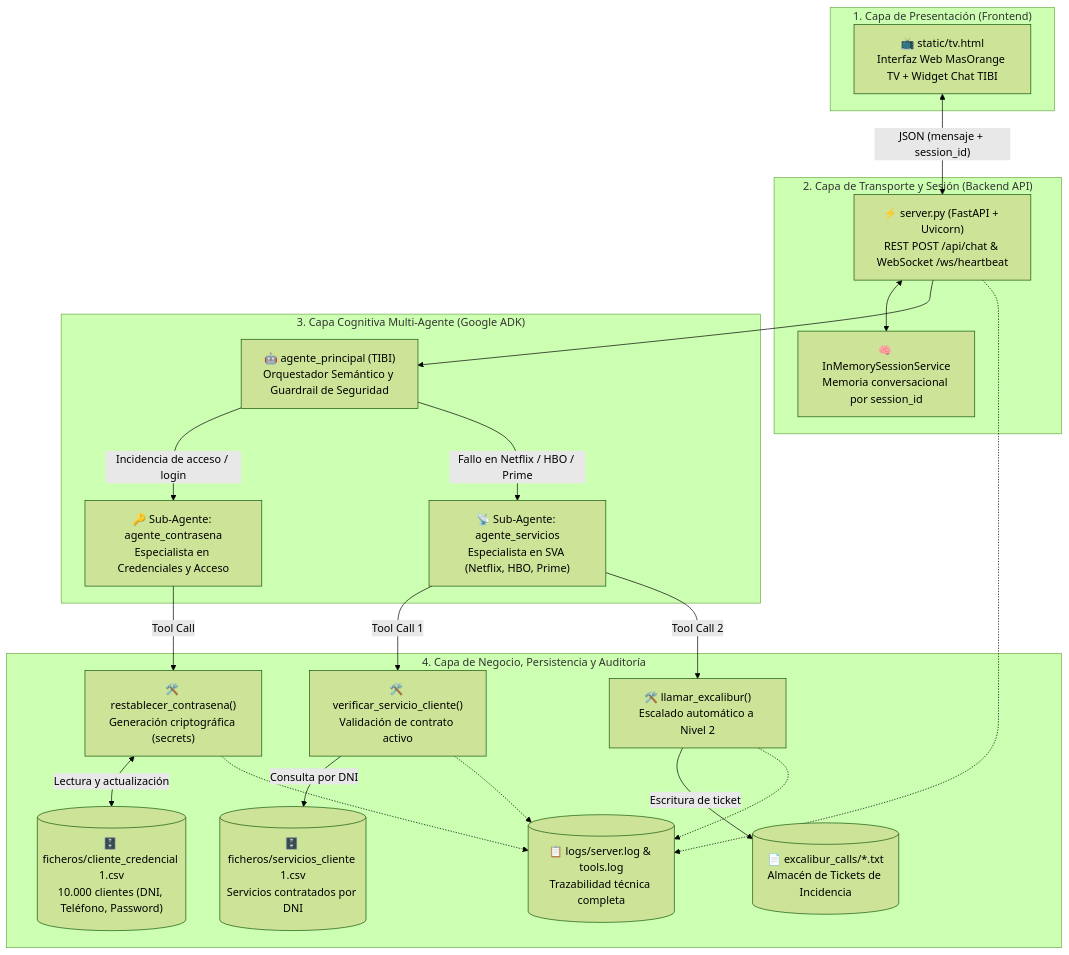
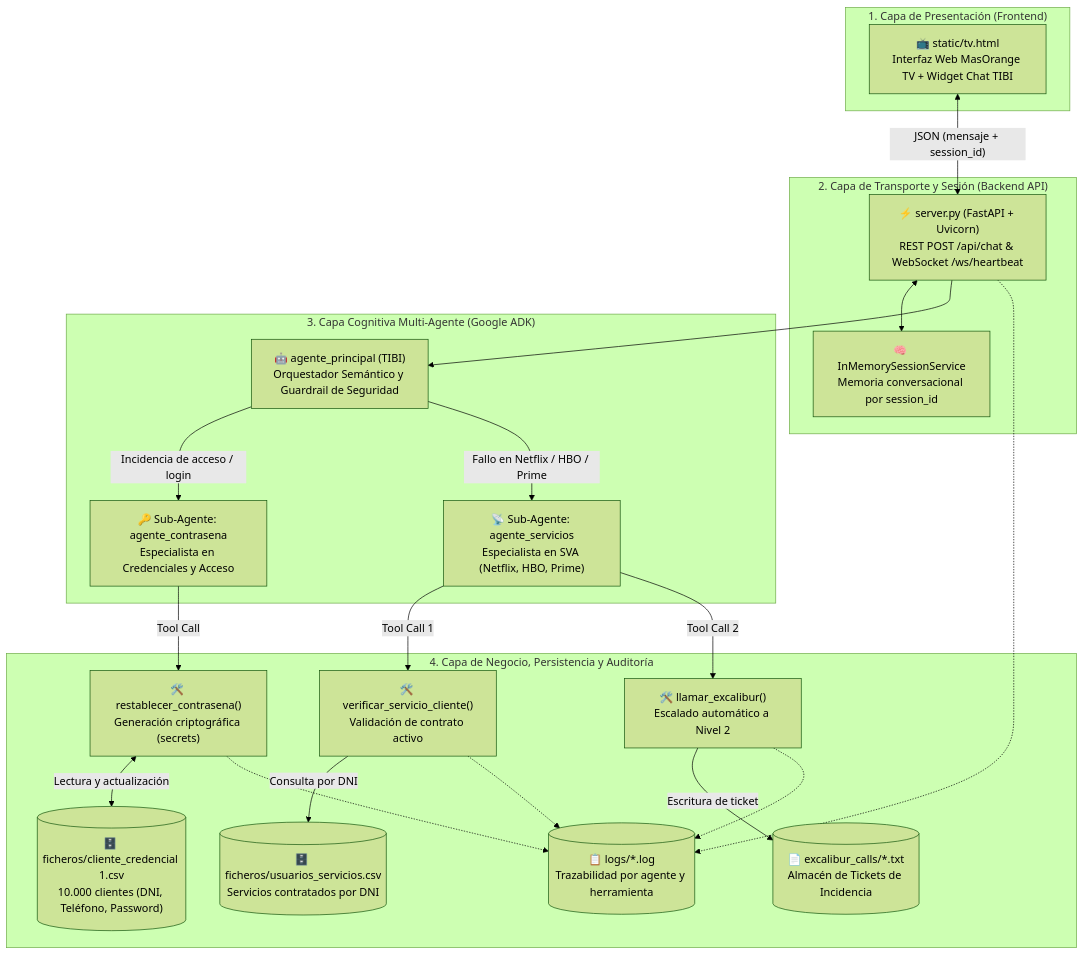
The first of 2 diagrams in README.md (DanielBraun11/TIBI_AgenteIA), drawn with Mermaid (forest theme) before and after one commit. The commit also changed other lines of this file and 2 other files, not shown here.

Commit message:
docs(tibi): align exact CSV and tool module names across README, test matrix and presentation

````diff
--- a/README.md
+++ b/README.md
@@ -30,41 +30,41 @@
 ```mermaid
 flowchart TB
     subgraph Capa1["1. Capa de Presentación (Frontend)"]
         UI["📺 static/tv.html<br/>Interfaz Web MasOrange TV + Widget Chat TIBI"]
     end
 
     subgraph Capa2["2. Capa de Transporte y Sesión (Backend API)"]
         API["⚡ server.py (FastAPI + Uvicorn)<br/>REST POST /api/chat & WebSocket /ws/heartbeat"]
         MEM["🧠 InMemorySessionService<br/>Memoria conversacional por session_id"]
     end
 
     subgraph Capa3["3. Capa Cognitiva Multi-Agente (Google ADK)"]
         ROOT["🤖 agente_principal (TIBI)<br/>Orquestador Semántico y Guardrail de Seguridad"]
         SUB_PASS["🔑 Sub-Agente: agente_contrasena<br/>Especialista en Credenciales y Acceso"]
         SUB_SVA["📡 Sub-Agente: agente_servicios<br/>Especialista en SVA (Netflix, HBO, Prime)"]
     end
 
     subgraph Capa4["4. Capa de Negocio, Persistencia y Auditoría"]
         T1["🛠️ restablecer_contrasena()<br/>Generación criptográfica (secrets)"]
         T2["🛠️ verificar_servicio_cliente()<br/>Validación de contrato activo"]
         T3["🛠️ llamar_excalibur()<br/>Escalado automático a Nivel 2"]
         CSV1[("🗄️ ficheros/cliente_credencial 1.csv<br/>10.000 clientes (DNI, Teléfono, Password)")]
-        CSV2[("🗄️ ficheros/servicios_cliente 1.csv<br/>Servicios contratados por DNI")]
+        CSV2[("🗄️ ficheros/usuarios_servicios.csv<br/>Servicios contratados por DNI")]
         EXC[("📄 excalibur_calls/*.txt<br/>Almacén de Tickets de Incidencia")]
-        LOGS[("📋 logs/server.log & tools.log<br/>Trazabilidad técnica completa")]
+        LOGS[("📋 logs/*.log<br/>Trazabilidad por agente y herramienta")]
     end
 
     UI <-->|"JSON (mensaje + session_id)"| API
     API <--> MEM
     API --> ROOT
     ROOT -->|"Incidencia de acceso / login"| SUB_PASS
     ROOT -->|"Fallo en Netflix / HBO / Prime"| SUB_SVA
     SUB_PASS -->|"Tool Call"| T1
     SUB_SVA -->|"Tool Call 1"| T2
     SUB_SVA -->|"Tool Call 2"| T3
     T1 <-->|"Lectura y actualización"| CSV1
     T2 -->|"Consulta por DNI"| CSV2
     T3 -->|"Escritura de ticket"| EXC
     API -.-> LOGS
     T1 & T2 & T3 -.-> LOGS
 ```
````
